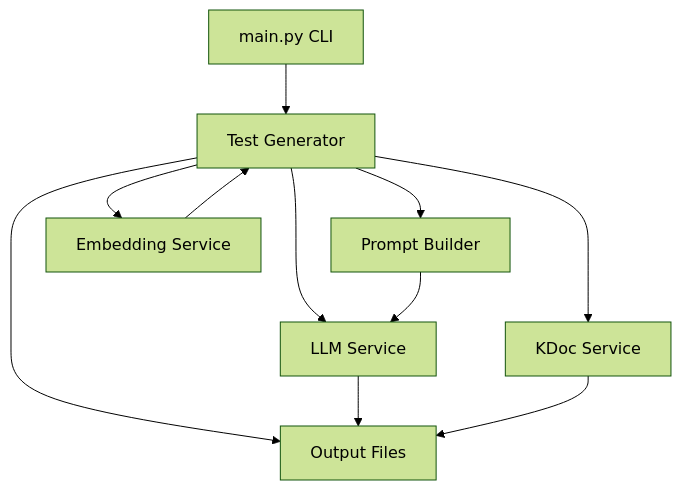
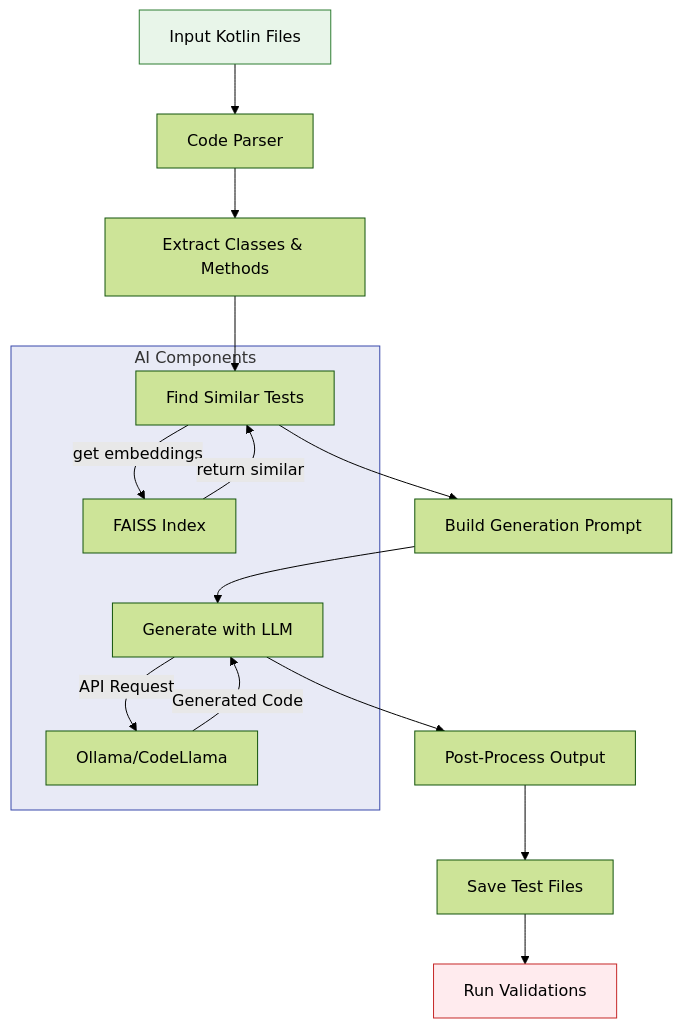
The second of 5 diagrams in docs/DIAGRAMS.md (adityakamath-90/DevTools), drawn with Mermaid (forest theme) before and after one commit. The commit also changed other lines of this file and 7 other files, not shown here.

````diff
--- a/docs/DIAGRAMS.md
+++ b/docs/DIAGRAMS.md
@@ -9,13 +50,22 @@
 ```mermaid
-graph TD
-    A[main.py CLI] --> B[Test Generator]
-    B --> C[Prompt Builder]
-    B --> D[LLM Service]
-    B --> E[Embedding Service]
-    B --> F[KDoc Service]
-    B --> G[Output Files]
-    C --> D
-    D --> G
-    E --> B
-    F --> G
+flowchart TD
+    A[Input Kotlin Files] --> B[Code Parser]
+    B --> C[Extract Classes & Methods]
+    C --> D[Find Similar Tests]
+    D --> E[Build Generation Prompt]
+    E --> F[Generate with LLM]
+    F --> G[Post-Process Output]
+    G --> H[Save Test Files]
+    H --> I[Run Validations]
+    
+    subgraph AI_Components[AI Components]
+        D -->|get embeddings| D1[FAISS Index]
+        D1 -->|return similar| D
+        F -->|API Request| F1[Ollama/CodeLlama]
+        F1 -->|Generated Code| F
+    end
+    
+    style A fill:#e8f5e9,stroke:#2e7d32
+    style I fill:#ffebee,stroke:#c62828
+    style AI_Components fill:#e8eaf6,stroke:#3949ab
 ```
````
